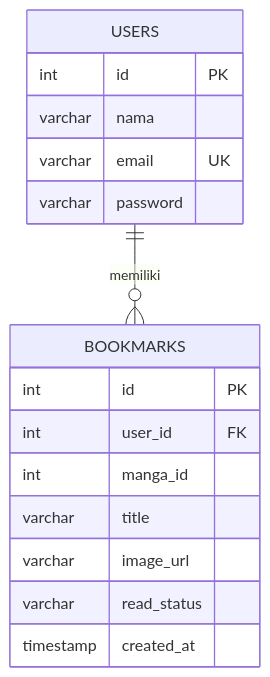
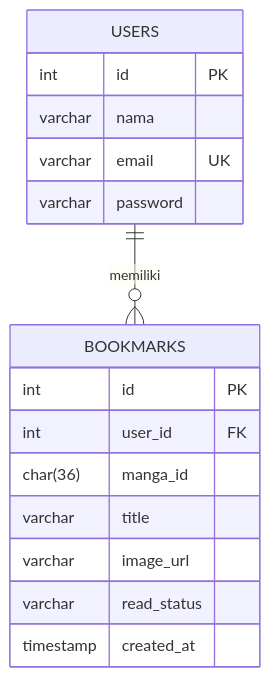
The sixth of 8 diagrams in README.md (carlos1739/mangatsu), drawn with Mermaid before and after one commit. The commit also changed other lines of this file and 22 other files, not shown here.

````diff
--- a/README.md
+++ b/README.md
@@ -382,21 +401,21 @@
 ```mermaid
 erDiagram
     USERS ||--o{ BOOKMARKS : memiliki
 
     USERS {
         int id PK
         varchar nama
         varchar email UK
         varchar password
     }
 
     BOOKMARKS {
         int id PK
         int user_id FK
-        int manga_id
+        char(36) manga_id
         varchar title
         varchar image_url
         varchar read_status
         timestamp created_at
     }
 ```
````
